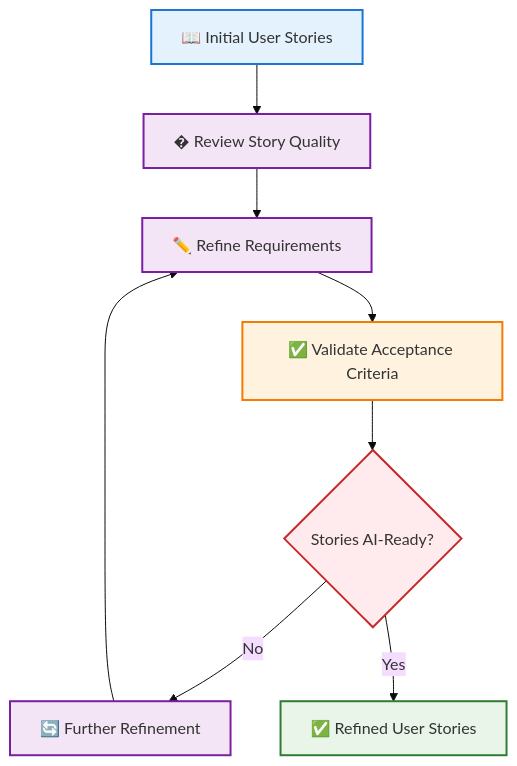
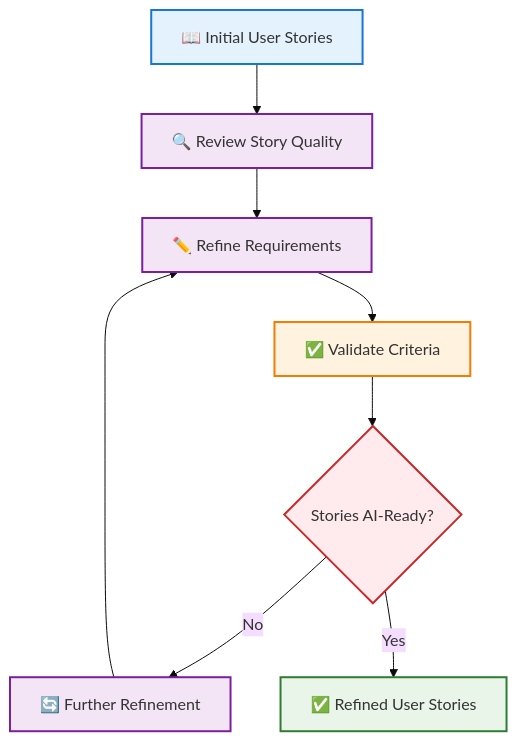
One commit to DEFRA/defra-ai-legacy-modernisation changed the diagram in playbook/pages/pathways/ms-access/frontend/01-create-ui-documentation.md. Above: the diagram before and after it, drawn with Mermaid (base theme). The commit also changed other lines of this file and 3 other files, not shown here.

```diff
--- a/playbook/pages/pathways/ms-access/frontend/01-create-ui-documentation.md
+++ b/playbook/pages/pathways/ms-access/frontend/01-create-ui-documentation.md
@@ -7,22 +7,22 @@
 <pre class="mermaid">
 flowchart TD
-    A["📖 Initial User Stories"] --> B["� Review Story Quality"]
+    A["📖 Initial User Stories"] --> B["🔍 Review Story Quality"]
     B --> C["✏️ Refine Requirements"]
-    C --> D["✅ Validate Acceptance Criteria"]
+    C --> D["✅ Validate Criteria"]
     D --> E{"Stories AI-Ready?"}
     E -->|No| F["🔄 Further Refinement"]
     E -->|Yes| G["✅ Refined User Stories"]
     F --> C
 
     classDef input fill:#e3f2fd,stroke:#1976d2,stroke-width:2px
     classDef process fill:#f3e5f5,stroke:#7b1fa2,stroke-width:2px
     classDef validation fill:#fff3e0,stroke:#f57c00,stroke-width:2px
     classDef decision fill:#ffebee,stroke:#c62828,stroke-width:2px
     classDef output fill:#e8f5e8,stroke:#2e7d32,stroke-width:2px
 
     class A input
     class B,C,F process
     class D validation
     class E decision
     class G output
 </pre>
```
